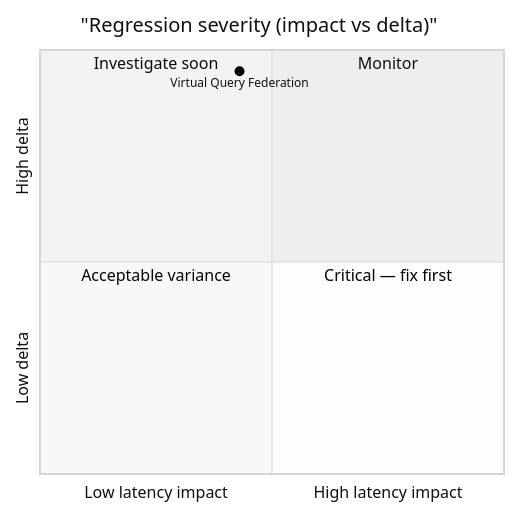
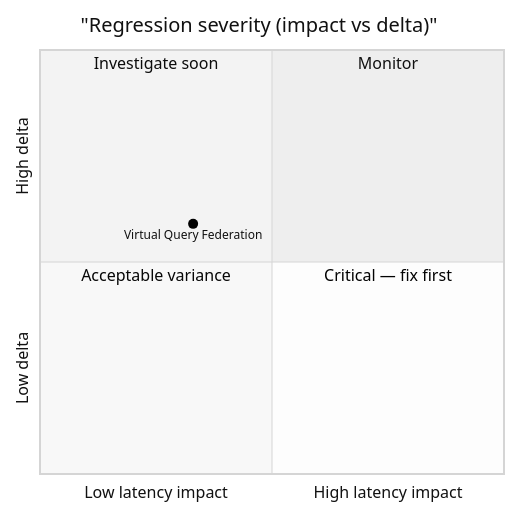
One commit to SveltyCMS/SveltyCMS changed the second of 2 diagrams in docs/project/benchmarks/benchmark_sqlite.mdx. Above: the diagram before and after it, drawn with Mermaid (neutral theme). The commit also changed other lines of this file and 89 other files, not shown here.

````diff
--- a/docs/project/benchmarks/benchmark_sqlite.mdx
+++ b/docs/project/benchmarks/benchmark_sqlite.mdx
@@ -97,11 +97,11 @@
 ```mermaid
 quadrantChart
   title "Regression severity (impact vs delta)"
   x-axis Low latency impact --> High latency impact
   y-axis Low delta --> High delta
   quadrant-1 Monitor
   quadrant-2 Investigate soon
   quadrant-3 Acceptable variance
   quadrant-4 Critical — fix first
-    Virtual Query Federation: [0.43, 0.95]
+    Virtual Query Federation: [0.33, 0.59]
 ```
````
